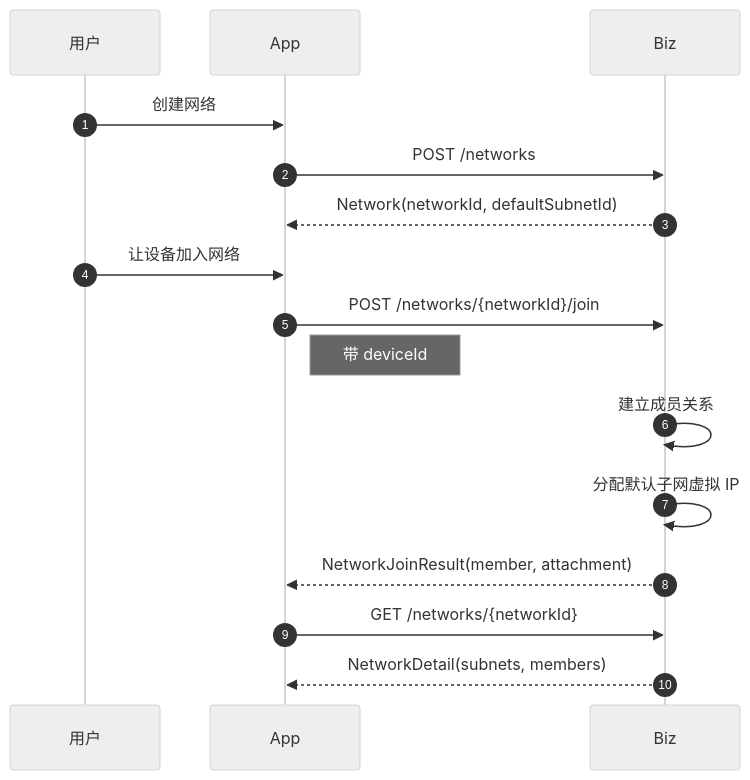
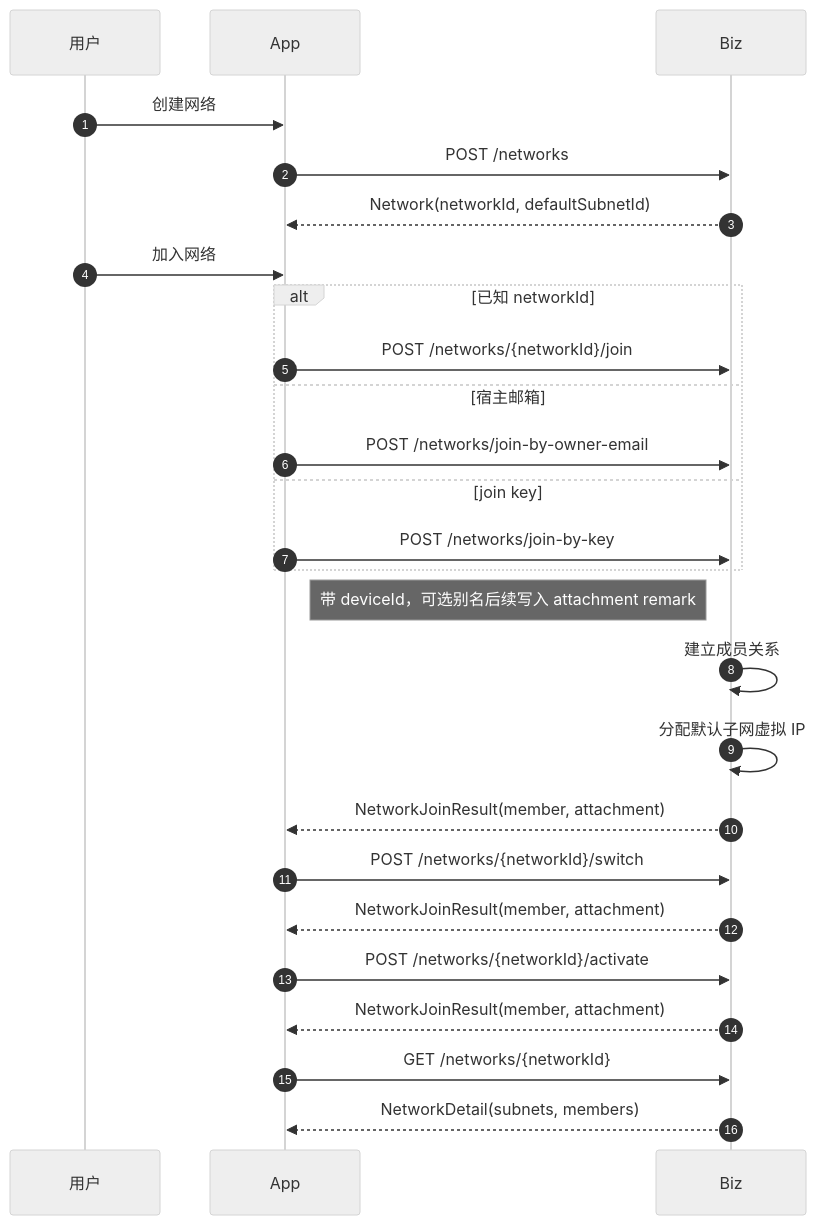
The fourth of 11 diagrams in docs/architecture/sequence-diagrams.md (thorli9527/slan), drawn with Mermaid (neutral theme) before and after one commit. The commit also changed other lines of this file and 110 other files, not shown here.

Commit message:
Align client network flows and protocol contracts

````diff
--- a/docs/architecture/sequence-diagrams.md
+++ b/docs/architecture/sequence-diagrams.md
@@ -146,21 +156,32 @@
 ```mermaid
 sequenceDiagram
     autonumber
     participant User as 用户
     participant App as App
     participant Biz as Biz
 
     User->>App: 创建网络
     App->>Biz: POST /networks
     Biz-->>App: Network(networkId, defaultSubnetId)
 
-    User->>App: 让设备加入网络
-    App->>Biz: POST /networks/{networkId}/join
-    Note right of App: 带 deviceId
+    User->>App: 加入网络
+    alt 已知 networkId
+        App->>Biz: POST /networks/{networkId}/join
+    else 宿主邮箱
+        App->>Biz: POST /networks/join-by-owner-email
+    else join key
+        App->>Biz: POST /networks/join-by-key
+    end
+    Note right of App: 带 deviceId，可选别名后续写入 attachment remark
     Biz->>Biz: 建立成员关系
     Biz->>Biz: 分配默认子网虚拟 IP
+    Biz-->>App: NetworkJoinResult(member, attachment)
+
+    App->>Biz: POST /networks/{networkId}/switch
+    Biz-->>App: NetworkJoinResult(member, attachment)
+    App->>Biz: POST /networks/{networkId}/activate
     Biz-->>App: NetworkJoinResult(member, attachment)
 
     App->>Biz: GET /networks/{networkId}
     Biz-->>App: NetworkDetail(subnets, members)
 ```
````
